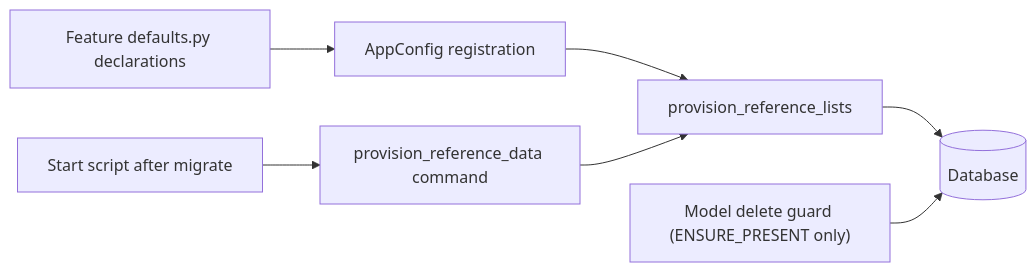
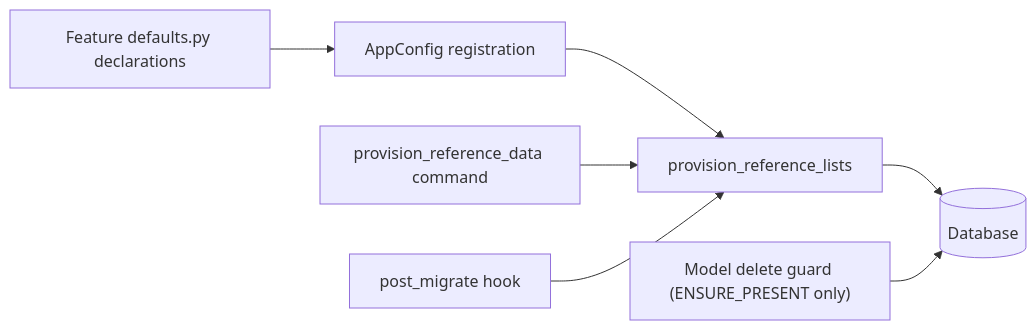
The diagram in docs/architecture/reference-data.md (angustino88/lab-mango), drawn with Mermaid before and after one commit. The commit also changed other lines of this file and 33 other files, not shown here.

````diff
--- a/docs/architecture/reference-data.md
+++ b/docs/architecture/reference-data.md
@@ -69,9 +71,9 @@
 ```mermaid
 flowchart LR
   Decl["Feature defaults.py declarations"] --> Reg["AppConfig registration"]
   Reg --> Prov["provision_reference_lists"]
   Cmd["provision_reference_data command"] --> Prov
-  Start["Start script after migrate"] --> Cmd
+  Start["post_migrate hook"] --> Prov
   Prov --> DB[("Database")]
   Model["Model delete guard (ENSURE_PRESENT only)"] --> DB
 ```
````
